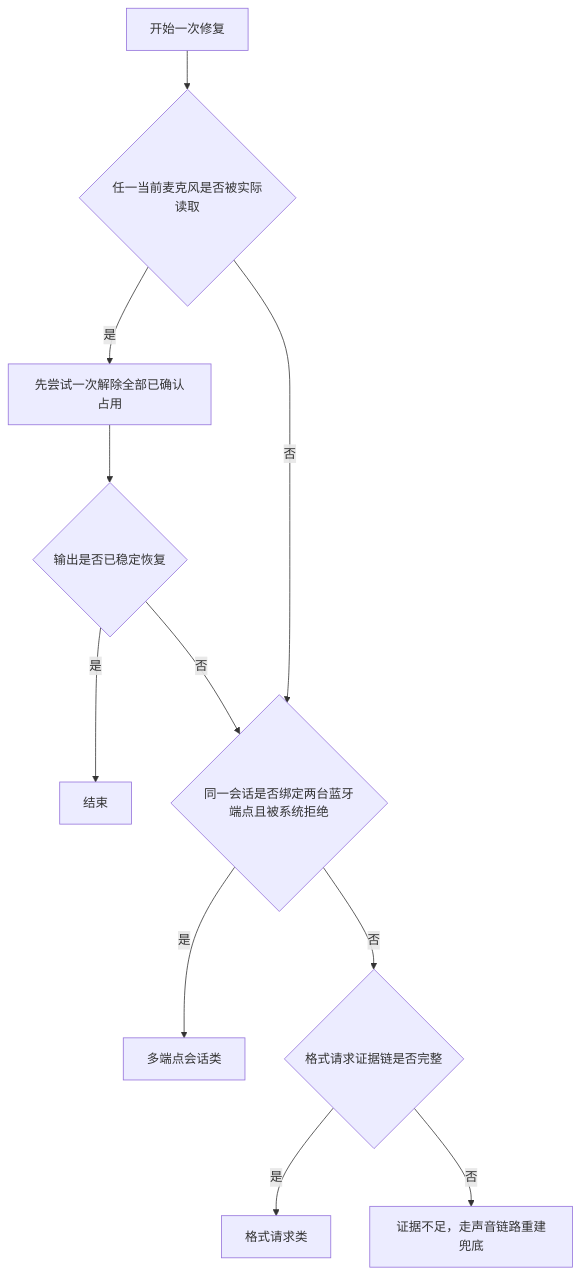
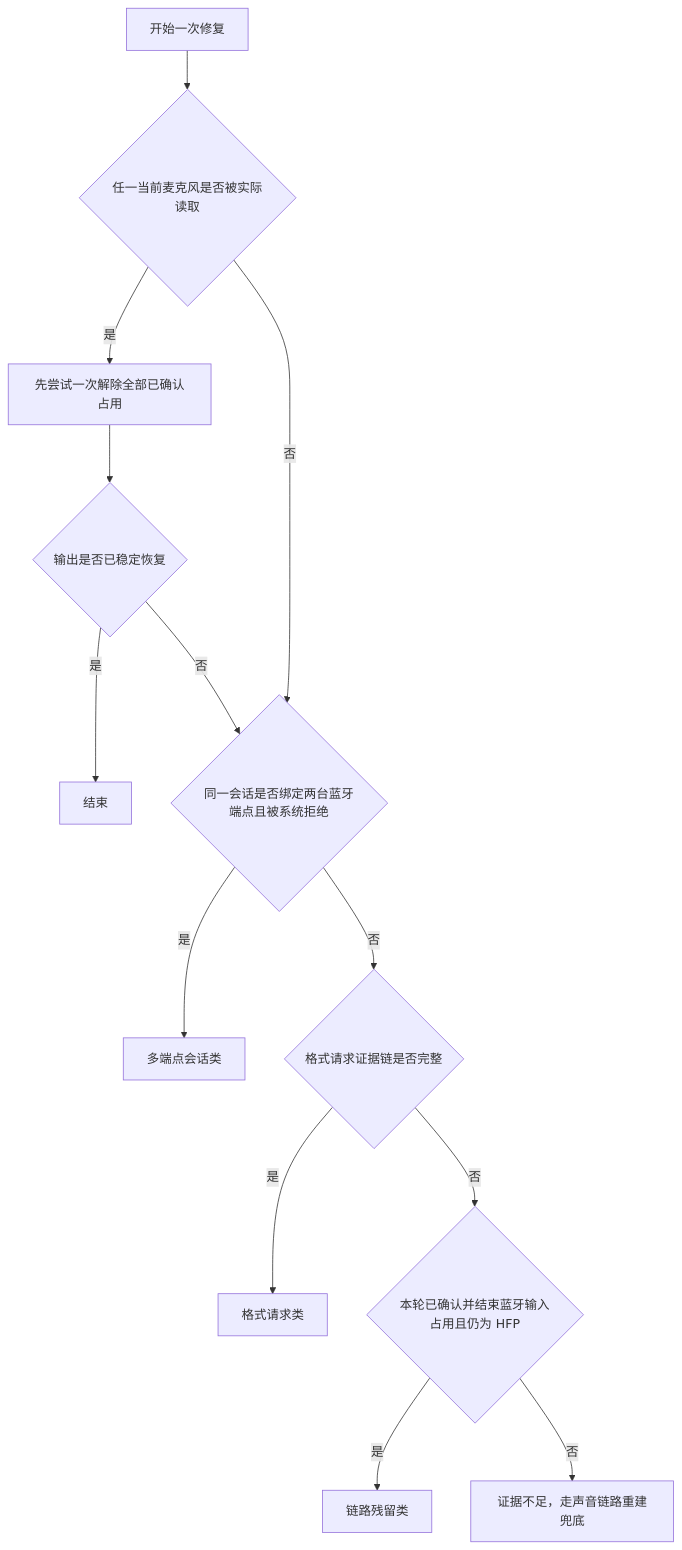
Before and after one commit to andy-JustSayWhen/fix-Bluetooth-earphone-audio-problem: the diagram in knowledge/wiki/HFP一键修复前端实测/00-HFP一键修复前端实测方法.md, drawn with Mermaid. The commit also changed other lines of this file and 2 other files, not shown here.

````diff
--- a/knowledge/wiki/HFP一键修复前端实测/00-HFP一键修复前端实测方法.md
+++ b/knowledge/wiki/HFP一键修复前端实测/00-HFP一键修复前端实测方法.md
@@ -80,13 +81,15 @@
 ```mermaid
 flowchart TD
     A[开始一次修复] --> B{任一当前麦克风是否被实际读取}
     B -->|是| C[先尝试一次解除全部已确认占用]
     C --> D{输出是否已稳定恢复}
     D -->|是| I[结束]
     D -->|否| E{同一会话是否绑定两台蓝牙端点且被系统拒绝}
     B -->|否| E
     E -->|是| F[多端点会话类]
     E -->|否| G{格式请求证据链是否完整}
     G -->|是| H[格式请求类]
-    G -->|否| J[证据不足，走声音链路重建兜底]
+    G -->|否| K{本轮已确认并结束蓝牙输入占用且仍为 HFP}
+    K -->|是| L[链路残留类]
+    K -->|否| J[证据不足，走声音链路重建兜底]
 ```
````
